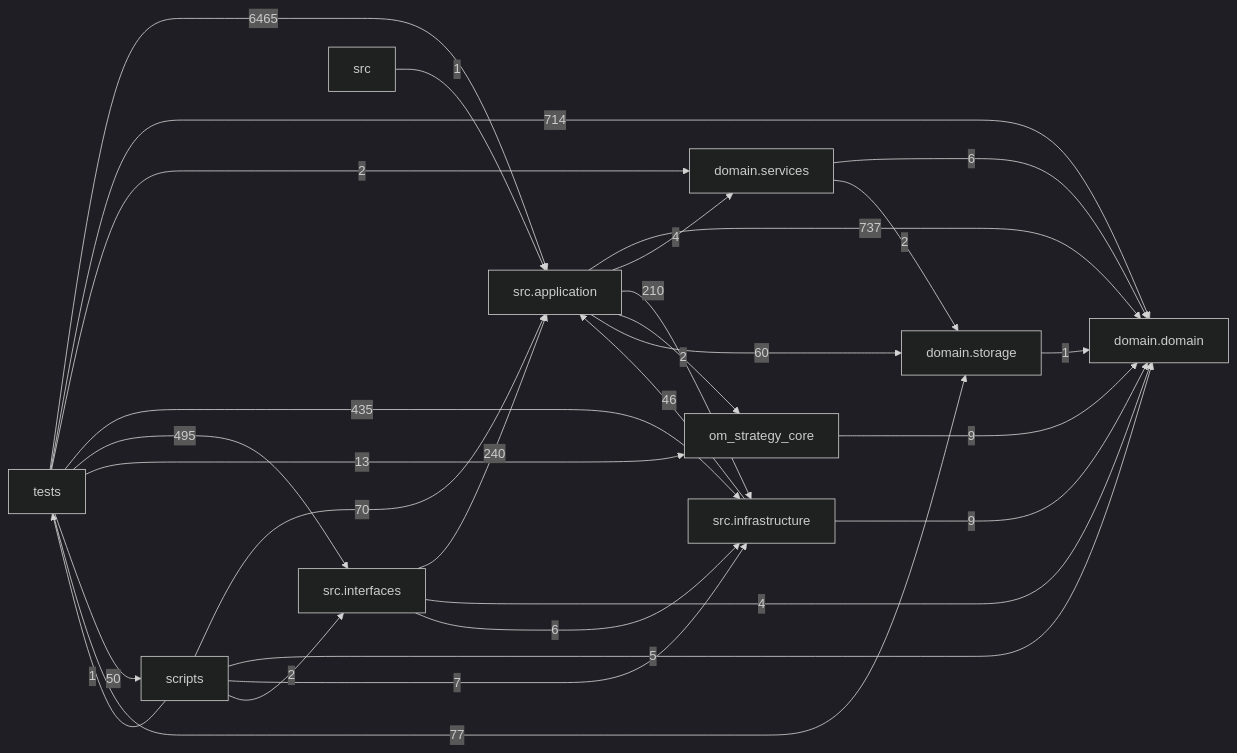
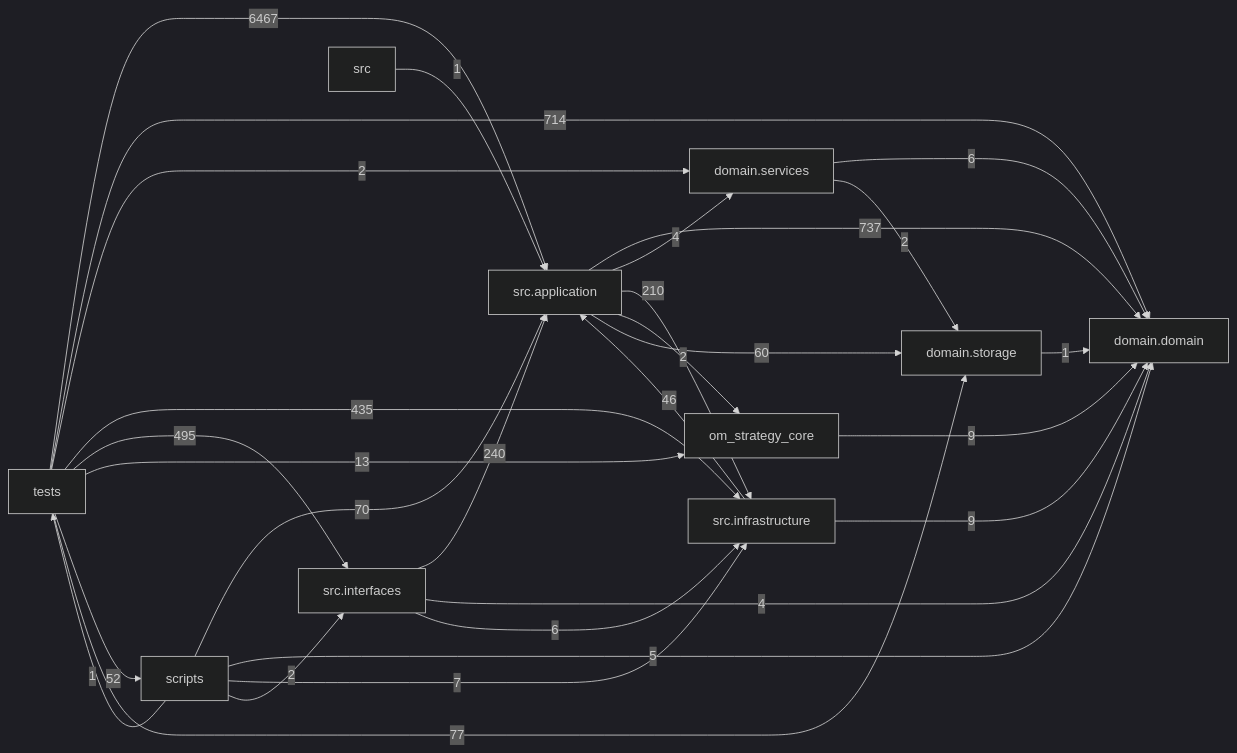
The diagram in docs/DEPENDENCY_GRAPH.md (liuxie066/options-monitor), drawn with Mermaid (dark theme) before and after one commit. The commit also changed other lines of this file and 10 other files, not shown here.

````diff
--- a/docs/DEPENDENCY_GRAPH.md
+++ b/docs/DEPENDENCY_GRAPH.md
@@ -24,39 +24,39 @@
 ```mermaid
 flowchart LR
   tests["tests"]
   scripts["scripts"]
   interfaces["src.interfaces"]
   application["src.application"]
   infrastructure["src.infrastructure"]
   domain_services["domain.services"]
   domain["domain.domain"]
   storage["domain.storage"]
   application -->|737| domain
   application -->|4| domain_services
   application -->|210| infrastructure
   application -->|2| om_strategy_core
   application -->|60| storage
   domain_services -->|6| domain
   domain_services -->|2| storage
   infrastructure -->|46| application
   infrastructure -->|9| domain
   interfaces -->|240| application
   interfaces -->|4| domain
   interfaces -->|6| infrastructure
   om_strategy_core -->|9| domain
   scripts -->|70| application
   scripts -->|5| domain
   scripts -->|7| infrastructure
   scripts -->|2| interfaces
   scripts -->|1| tests
   src -->|1| application
   storage -->|1| domain
-  tests -->|6465| application
+  tests -->|6467| application
   tests -->|714| domain
   tests -->|2| domain_services
   tests -->|435| infrastructure
   tests -->|495| interfaces
   tests -->|13| om_strategy_core
-  tests -->|50| scripts
+  tests -->|52| scripts
   tests -->|77| storage
 ```
````
